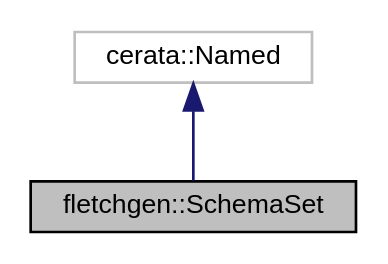
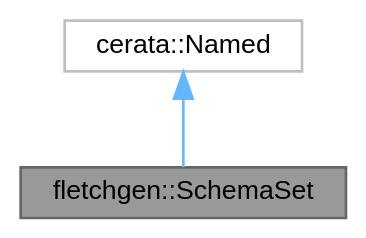
One commit to abs-tudelft/fletcher changed the diagram in api/fletchgen/classfletchgen_1_1_schema_set__inherit__graph.dot. Above: the diagram before and after it, drawn with Graphviz. The commit also changed 621 other files, not shown here.

```diff
--- a/api/fletchgen/classfletchgen_1_1_schema_set__inherit__graph.dot
+++ b/api/fletchgen/classfletchgen_1_1_schema_set__inherit__graph.dot
@@ -1,9 +1,10 @@
 digraph "fletchgen::SchemaSet"
 {
  // LATEX_PDF_SIZE
-  edge [fontname="Helvetica",fontsize="10",labelfontname="Helvetica",labelfontsize="10"];
-  node [fontname="Helvetica",fontsize="10",shape=record];
-  Node1 [label="fletchgen::SchemaSet",height=0.2,width=0.4,color="black", fillcolor="grey75", style="filled", fontcolor="black",tooltip="A named set of schemas."];
-  Node2 -> Node1 [dir="back",color="midnightblue",fontsize="10",style="solid",fontname="Helvetica"];
-  Node2 [label="cerata::Named",height=0.2,width=0.4,color="grey75", fillcolor="white", style="filled",tooltip=" "];
+  bgcolor="transparent";
+  edge [fontname=Helvetica,fontsize=10,labelfontname=Helvetica,labelfontsize=10];
+  node [fontname=Helvetica,fontsize=10,shape=box,height=0.2,width=0.4];
+  Node1 [id="Node000001",label="fletchgen::SchemaSet",height=0.2,width=0.4,color="gray40", fillcolor="grey60", style="filled", fontcolor="black",tooltip="A named set of schemas."];
+  Node2 -> Node1 [id="edge1_Node000001_Node000002",dir="back",color="steelblue1",style="solid",tooltip=" "];
+  Node2 [id="Node000002",label="cerata::Named",height=0.2,width=0.4,color="grey75", fillcolor="white", style="filled",tooltip=" "];
 }
```
